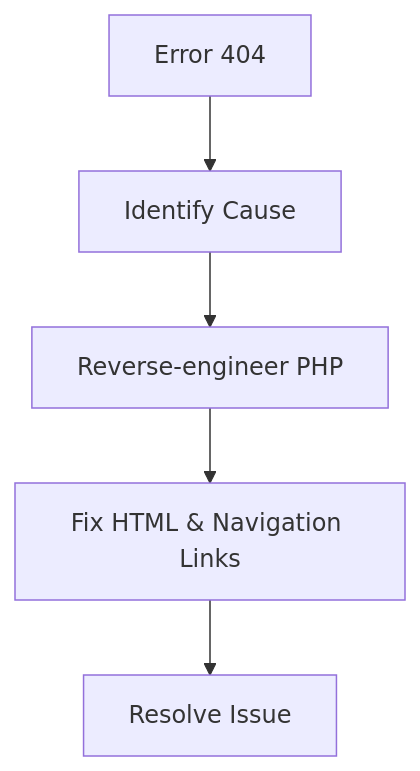
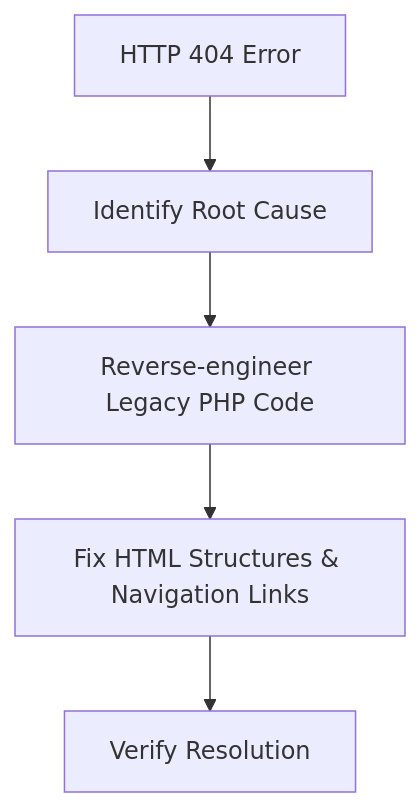
Before and after one commit to ratchanon-84/php-legacy-refactoring: the diagram in README.md, drawn with Mermaid. The commit also changed other lines of this file, not shown here.

````diff
--- a/README.md
+++ b/README.md
@@ -3,7 +7,7 @@
 ```mermaid
 flowchart TD
-    A["Error 404"] --> B["Identify Cause"]
-    B --> C["Reverse-engineer PHP"]
-    C --> D["Fix HTML & Navigation Links"]
-    D --> E["Resolve Issue"]
+    A["HTTP 404 Error"] --> B["Identify Root Cause"]
+    B --> C["Reverse-engineer Legacy PHP Code"]
+    C --> D["Fix HTML Structures & Navigation Links"]
+    D --> E["Verify Resolution"]
 ```
````
